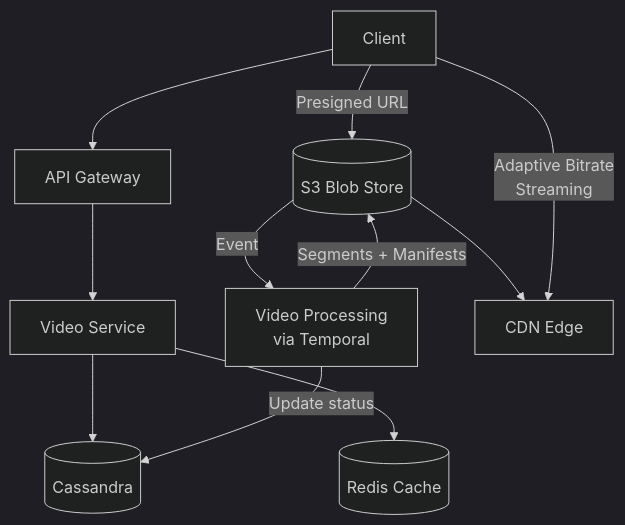
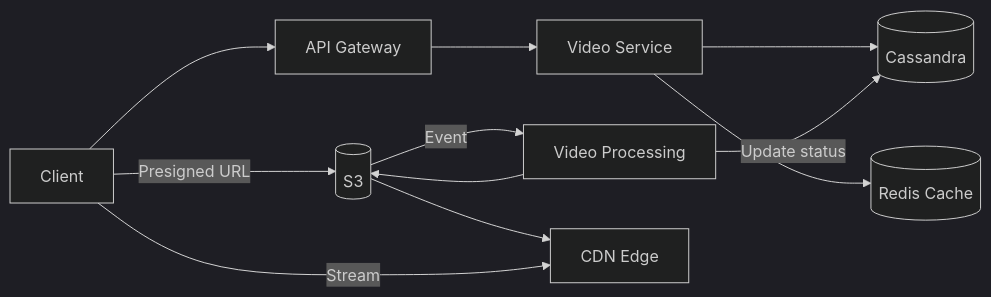
One commit to vipi-n/swe-101 changed the ninth of 9 diagrams in hld/youtube.md. Above: the diagram before and after it, drawn with Mermaid (dark theme).

````diff
--- a/hld/youtube.md
+++ b/hld/youtube.md
@@ -738,17 +738,16 @@
 ```mermaid
-flowchart TD
+flowchart LR
     Client[Client] --> APIGW[API Gateway]
 
     APIGW --> VS[Video Service]
     VS --> MetaDB[(Cassandra)]
     VS --> Cache[(Redis Cache)]
 
-    Client -->|Presigned URL| S3[(S3 Blob Store)]
-
-    S3 -->|Event| VPS[Video Processing<br/>via Temporal]
-    VPS -->|Segments + Manifests| S3
+    Client -->|Presigned URL| S3[(S3)]
+    S3 -->|Event| VPS[Video Processing]
+    VPS --> S3
     VPS -->|Update status| MetaDB
 
     S3 --> CDN[CDN Edge]
-    Client -->|Adaptive Bitrate<br/>Streaming| CDN
+    Client -->|Stream| CDN
 ```
````
